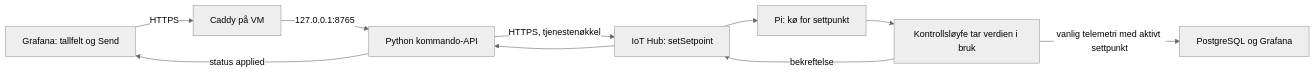
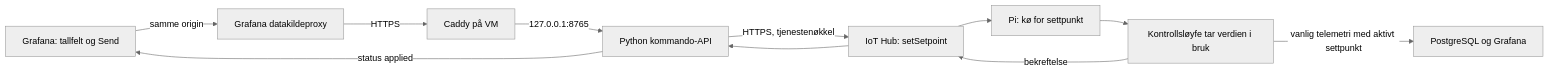
One commit to bjulf/air-heater2 changed the diagram in GRAFANA_CONTROL.md. Above: the diagram before and after it, drawn with Mermaid (neutral theme). The commit also changed other lines of this file and 4 other files, not shown here.

````diff
--- a/GRAFANA_CONTROL.md
+++ b/GRAFANA_CONTROL.md
@@ -28,12 +28,13 @@
 ```mermaid
 flowchart LR
-    G[Grafana: tallfelt og Send] -->|HTTPS| C[Caddy på VM]
+    G[Grafana: tallfelt og Send] -->|samme origin| PXY[Grafana datakildeproxy]
+    PXY -->|HTTPS| C[Caddy på VM]
     C -->|127.0.0.1:8765| A[Python kommando-API]
     A -->|HTTPS, tjenestenøkkel| H[IoT Hub: setSetpoint]
     H --> P[Pi: kø for settpunkt]
     P --> R[Kontrollsløyfe tar verdien i bruk]
     R -->|bekreftelse| H
     H --> A
     A -->|status applied| G
     R -->|vanlig telemetri med aktivt settpunkt| D[PostgreSQL og Grafana]
 ```
````
